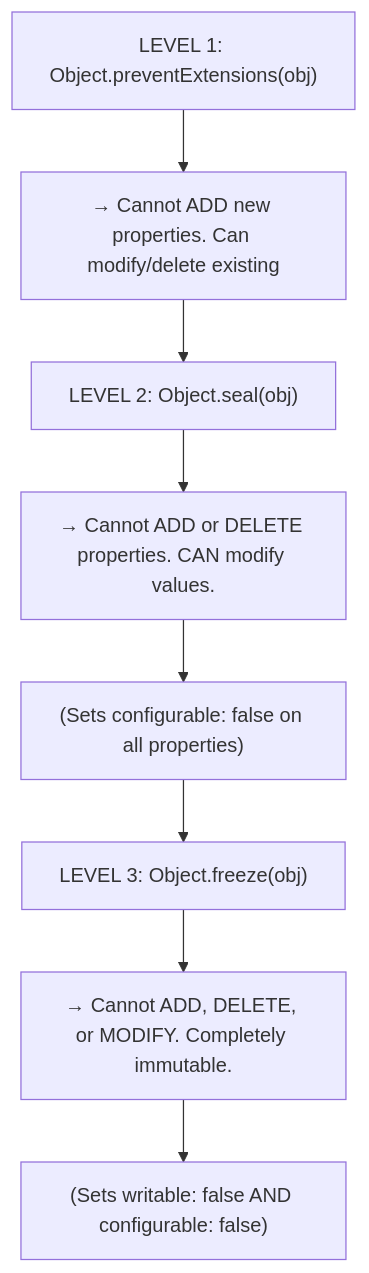
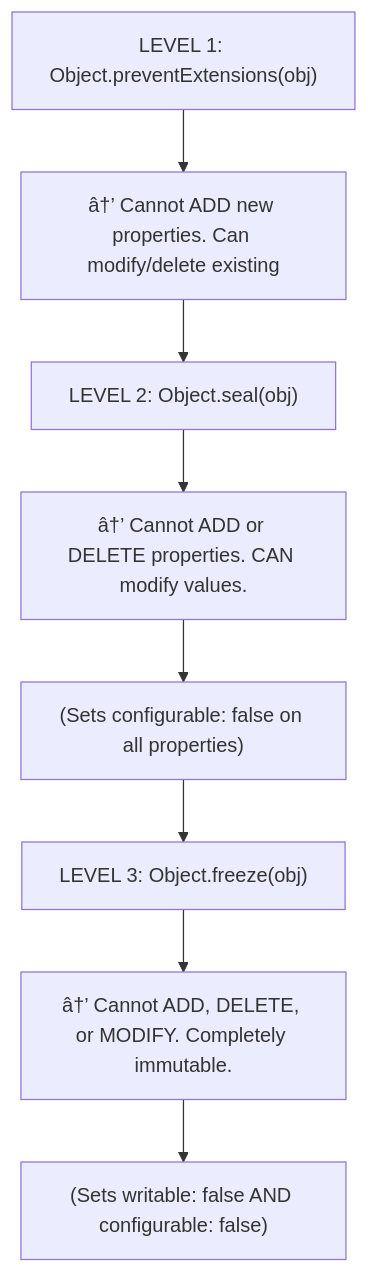
Before and after one commit to SaiHarsha502vvit/Daily-Prep: the second of 7 diagrams in 16_JavaScript/03_JS_Objects_Prototypes.md, drawn with Mermaid. The commit also changed other lines of this file and 256 other files, not shown here.

````diff
--- a/16_JavaScript/03_JS_Objects_Prototypes.md
+++ b/16_JavaScript/03_JS_Objects_Prototypes.md
@@ -202,18 +202,18 @@
 ```mermaid
 flowchart TD
     N1["LEVEL 1: Object.preventExtensions(obj)"]
-    N2["→ Cannot ADD new properties. Can modify/delete existing"]
+    N2["â†’ Cannot ADD new properties. Can modify/delete existing"]
     N3["LEVEL 2: Object.seal(obj)"]
-    N4["→ Cannot ADD or DELETE properties. CAN modify values."]
+    N4["â†’ Cannot ADD or DELETE properties. CAN modify values."]
     N5["(Sets configurable: false on all properties)"]
     N6["LEVEL 3: Object.freeze(obj)"]
-    N7["→ Cannot ADD, DELETE, or MODIFY. Completely immutable."]
+    N7["â†’ Cannot ADD, DELETE, or MODIFY. Completely immutable."]
     N8["(Sets writable: false AND configurable: false)"]
     N1 --> N2
     N2 --> N3
     N3 --> N4
     N4 --> N5
     N5 --> N6
     N6 --> N7
     N7 --> N8
 ```
````
